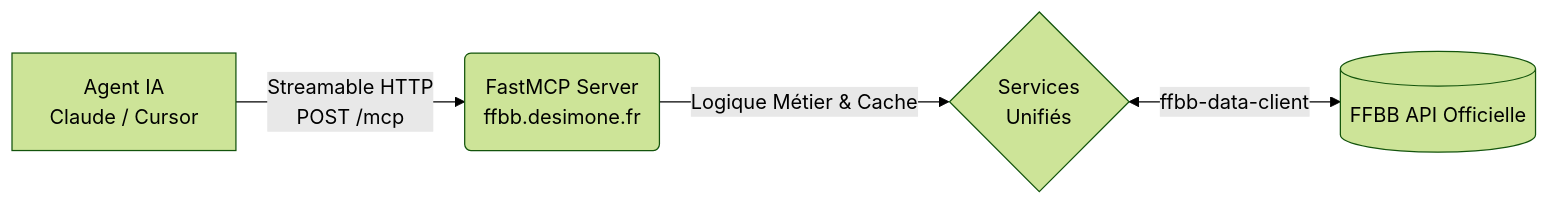
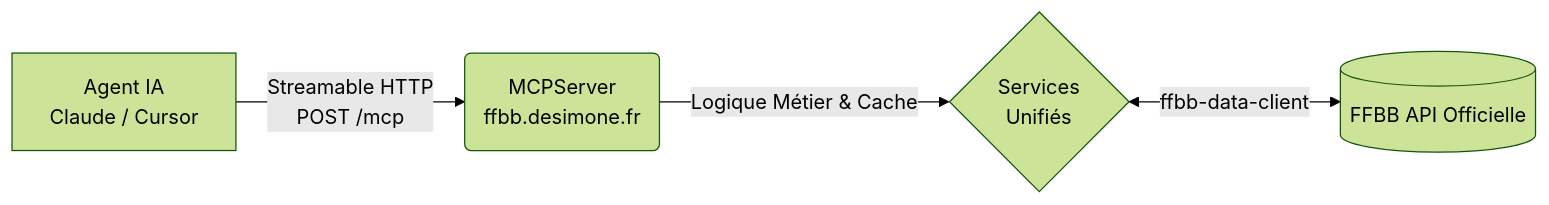
One commit to nickdesi/FFBB-MCP-Server changed the diagram in website-docs/guide/introduction.md. Above: the diagram before and after it, drawn with Mermaid (forest theme). The commit also changed other lines of this file and 26 other files, not shown here.

````diff
--- a/website-docs/guide/introduction.md
+++ b/website-docs/guide/introduction.md
@@ -17,6 +17,6 @@
 ```mermaid
 flowchart LR
-    A["Agent IA\nClaude / Cursor"] -->|"Streamable HTTP\nPOST /mcp"| B("FastMCP Server\nffbb.desimone.fr")
+    A["Agent IA\nClaude / Cursor"] -->|"Streamable HTTP\nPOST /mcp"| B("MCPServer\nffbb.desimone.fr")
     B -->|"Logique Métier & Cache"| C{"Services\nUnifiés"}
     C <-->|"ffbb-data-client"| D[("FFBB API Officielle")]
 ```
````
